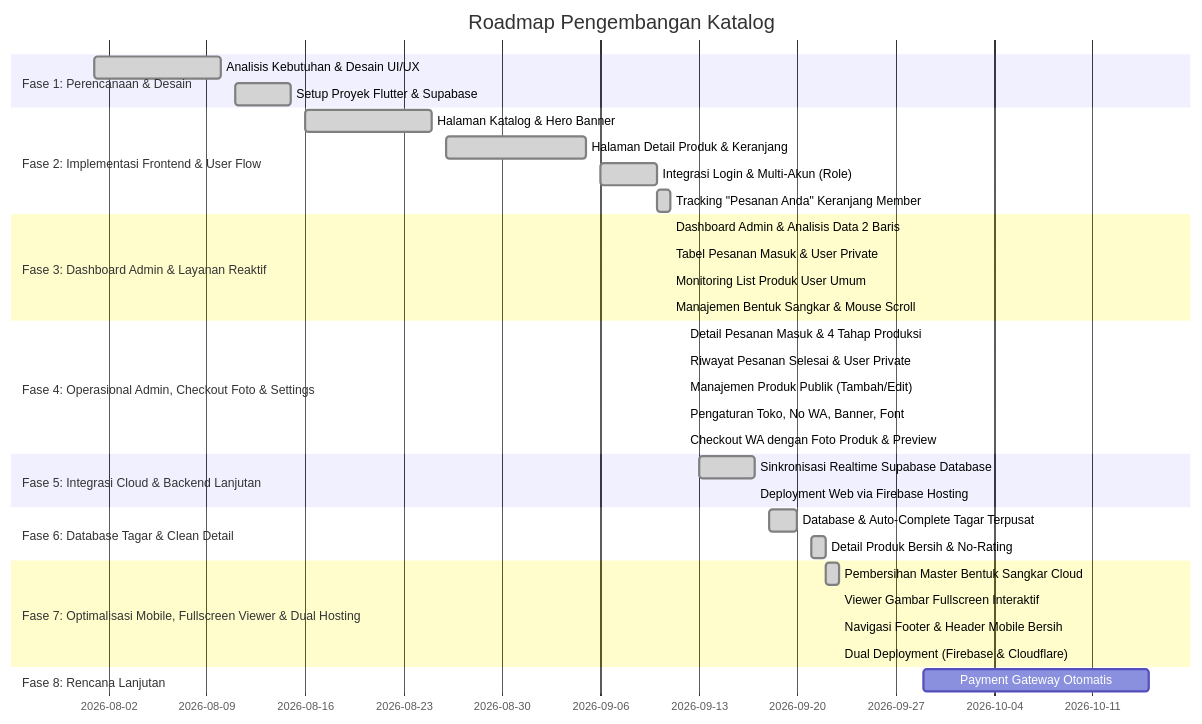
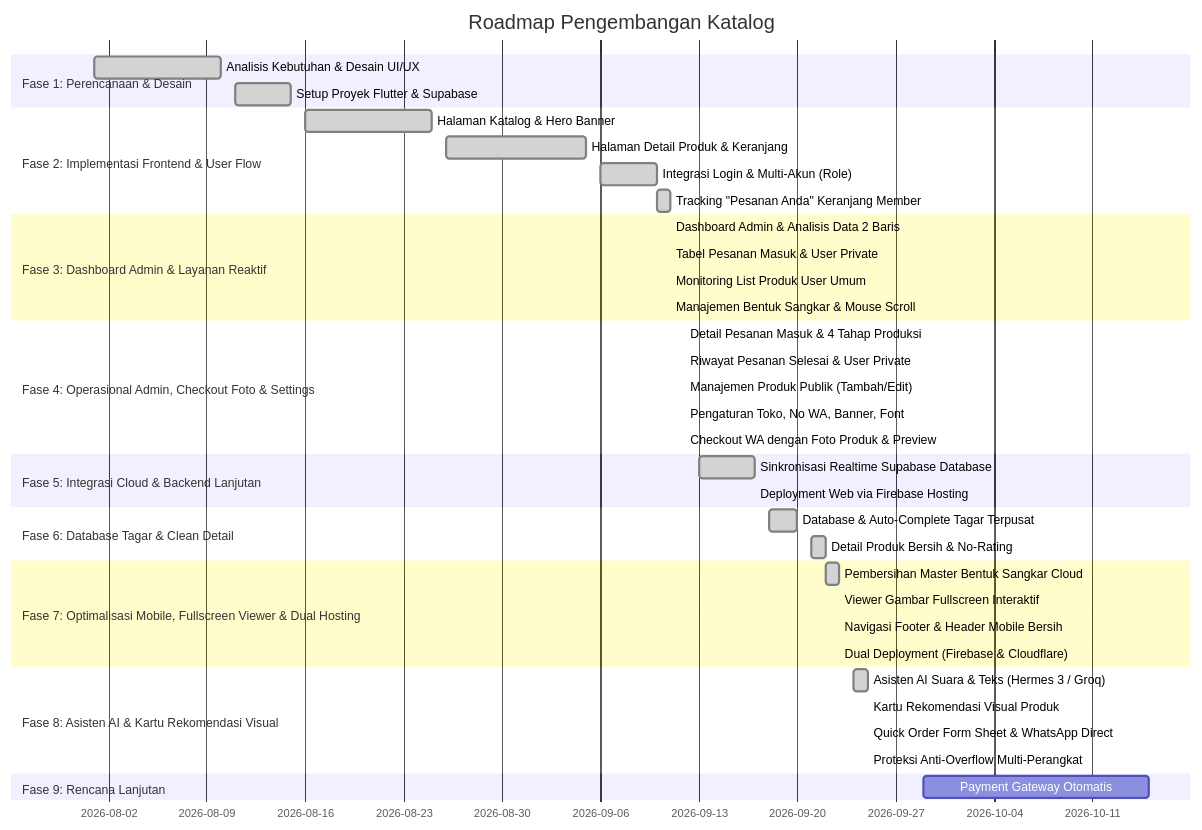
The diagram in dokumen/planing/README.md (Dav2257/katalog), drawn with Mermaid before and after one commit. The commit also changed other lines of this file and 15 other files, not shown here.

Commit message:
feat: penambahan asisten AI suara & teks, kartu visual rekomendasi, dan pembaruan dokumen

````diff
--- a/dokumen/planing/README.md
+++ b/dokumen/planing/README.md
@@ -31,37 +31,42 @@
 ```mermaid
 gantt
     title Roadmap Pengembangan Katalog
     dateFormat  YYYY-MM-DD
     section Fase 1: Perencanaan & Desain
     Analisis Kebutuhan & Desain UI/UX       :done,    des1, 2026-08-01, 2026-08-10
     Setup Proyek Flutter & Supabase         :done,    des2, 2026-08-11, 2026-08-15
     section Fase 2: Implementasi Frontend & User Flow
     Halaman Katalog & Hero Banner           :done,    fe1,  2026-08-16, 2026-08-25
     Halaman Detail Produk & Keranjang       :done,    fe2,  2026-08-26, 2026-09-05
     Integrasi Login & Multi-Akun (Role)     :done,    fe3,  2026-09-06, 2026-09-10
     Tracking "Pesanan Anda" Keranjang Member:done,    fe4,  2026-09-10, 2026-09-11
     section Fase 3: Dashboard Admin & Layanan Reaktif
     Dashboard Admin & Analisis Data 2 Baris :done,    adm1, 2026-09-11, 2026-09-11
     Tabel Pesanan Masuk & User Private      :done,    adm2, 2026-09-11, 2026-09-11
     Monitoring List Produk User Umum        :done,    adm3, 2026-09-11, 2026-09-11
     Manajemen Bentuk Sangkar & Mouse Scroll :done,    adm4, 2026-09-11, 2026-09-11
     section Fase 4: Operasional Admin, Checkout Foto & Settings
     Detail Pesanan Masuk & 4 Tahap Produksi :done,    adm5, 2026-09-12, 2026-09-12
     Riwayat Pesanan Selesai & User Private  :done,    adm6, 2026-09-12, 2026-09-12
     Manajemen Produk Publik (Tambah/Edit)   :done,    adm7, 2026-09-12, 2026-09-12
     Pengaturan Toko, No WA, Banner, Font    :done,    adm8, 2026-09-12, 2026-09-12
     Checkout WA dengan Foto Produk & Preview:done,    fe5,  2026-09-12, 2026-09-12
     section Fase 5: Integrasi Cloud & Backend Lanjutan
     Sinkronisasi Realtime Supabase Database :done,    be1,  2026-09-13, 2026-09-17
     Deployment Web via Firebase Hosting     :done,    fe6,  2026-09-17, 2026-09-17
     section Fase 6: Database Tagar & Clean Detail
     Database & Auto-Complete Tagar Terpusat :done,    fe7,  2026-09-18, 2026-09-20
     Detail Produk Bersih & No-Rating        :done,    fe8,  2026-09-21, 2026-09-22
     section Fase 7: Optimalisasi Mobile, Fullscreen Viewer & Dual Hosting
     Pembersihan Master Bentuk Sangkar Cloud :done,    be2,  2026-09-22, 2026-09-23
     Viewer Gambar Fullscreen Interaktif     :done,    fe9,  2026-09-23, 2026-09-23
     Navigasi Footer & Header Mobile Bersih  :done,    fe10, 2026-09-23, 2026-09-23
     Dual Deployment (Firebase & Cloudflare) :done,    fe11, 2026-09-23, 2026-09-23
-    section Fase 8: Rencana Lanjutan
+    section Fase 8: Asisten AI & Kartu Rekomendasi Visual
+    Asisten AI Suara & Teks (Hermes 3 / Groq):done,    ai1,  2026-09-24, 2026-09-25
+    Kartu Rekomendasi Visual Produk         :done,    ai2,  2026-09-25, 2026-09-25
+    Quick Order Form Sheet & WhatsApp Direct:done,    ai3,  2026-09-25, 2026-09-25
+    Proteksi Anti-Overflow Multi-Perangkat  :done,    ai4,  2026-09-25, 2026-09-25
+    section Fase 9: Rencana Lanjutan
     Payment Gateway Otomatis                :         be3,  2026-09-29, 2026-10-15
 ```
````
